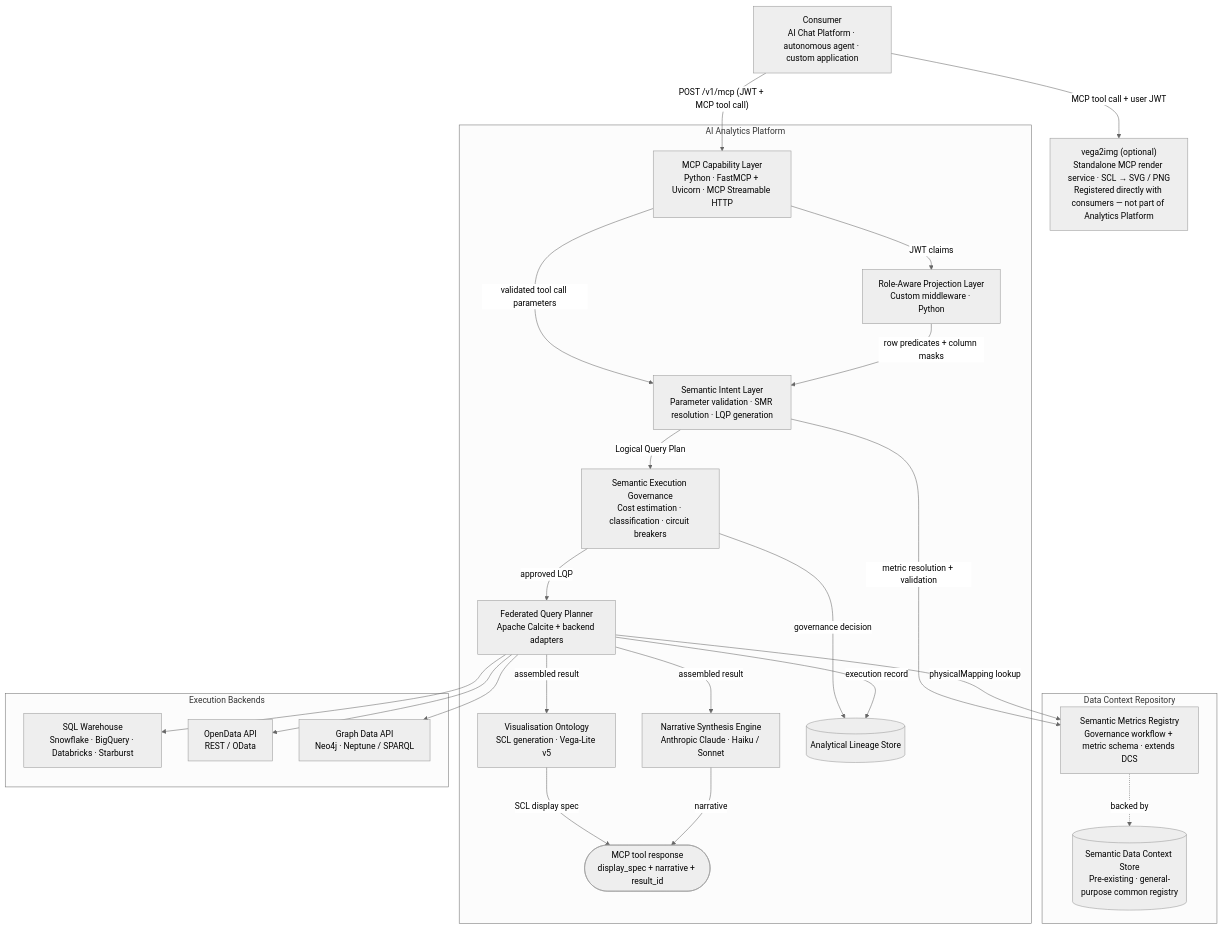
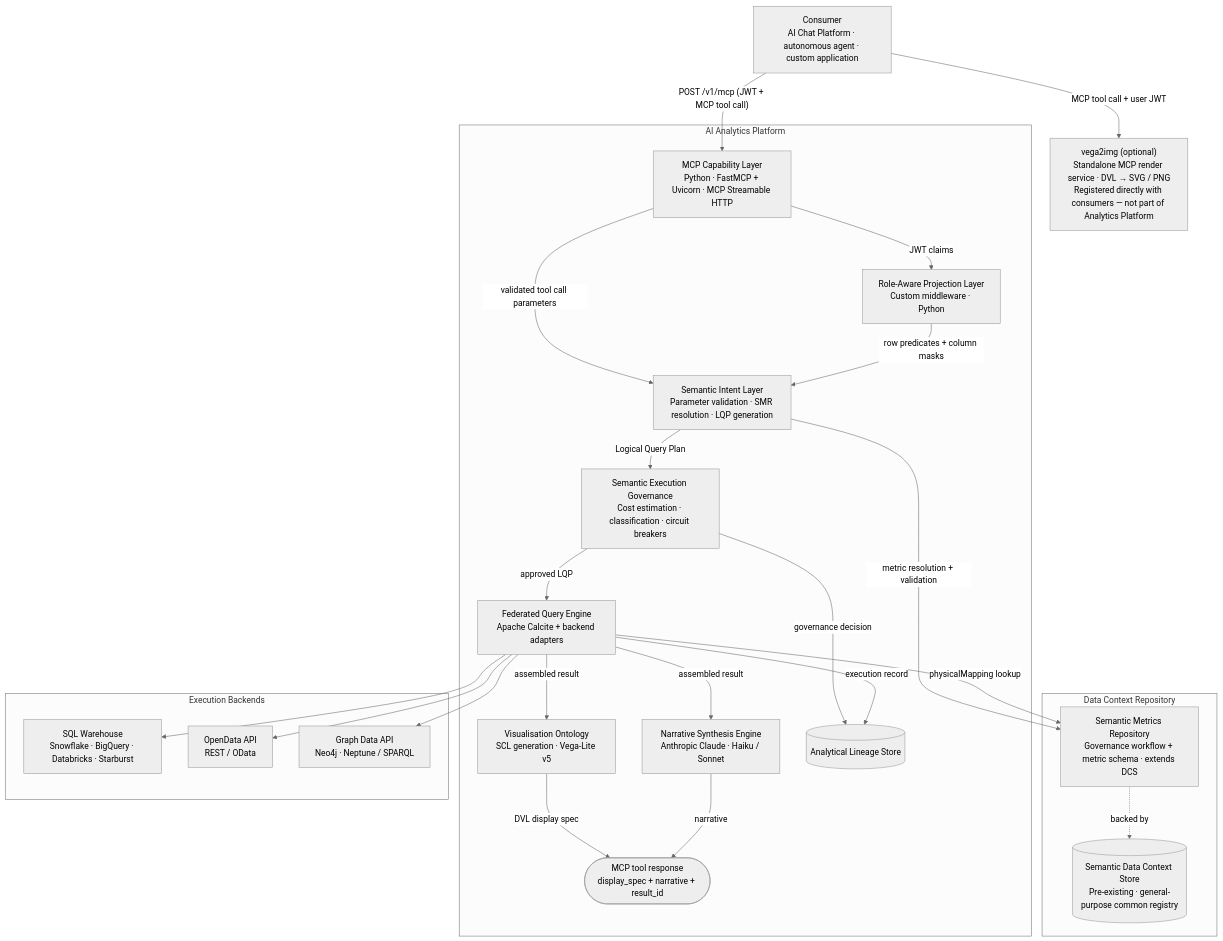
Before and after one commit to M-A-Operating-System/shared-work: the diagram in docs/product/analytics/04-technical-implementation.md, drawn with Mermaid (neutral theme). The commit also changed other lines of this file and 8 other files, not shown here.

````diff
--- a/docs/product/analytics/04-technical-implementation.md
+++ b/docs/product/analytics/04-technical-implementation.md
@@ -11,47 +11,47 @@
 ```mermaid
 flowchart TD
     Consumer["Consumer\nAI Chat Platform · autonomous agent · custom application"]
 
     subgraph analytics["AI Analytics Platform"]
         MCP["MCP Capability Layer\nPython · FastMCP + Uvicorn · MCP Streamable HTTP"]
         SIL["Semantic Intent Layer\nParameter validation · SMR resolution · LQP generation"]
         RAPL["Role-Aware Projection Layer\nCustom middleware · Python"]
         SEG["Semantic Execution Governance\nCost estimation · classification · circuit breakers"]
-        FQP["Federated Query Planner\nApache Calcite + backend adapters"]
+        FQE["Federated Query Engine\nApache Calcite + backend adapters"]
         VO["Visualisation Ontology\nSCL generation · Vega-Lite v5"]
         NSE["Narrative Synthesis Engine\nAnthropic Claude · Haiku / Sonnet"]
         LS[("Analytical Lineage Store")]
         Result(["MCP tool response\ndisplay_spec + narrative + result_id"])
     end
 
-    vega2img["vega2img (optional)\nStandalone MCP render service · SCL → SVG / PNG\nRegistered directly with consumers — not part of Analytics Platform"]
+    vega2img["vega2img (optional)\nStandalone MCP render service · DVL → SVG / PNG\nRegistered directly with consumers — not part of Analytics Platform"]
 
     subgraph dcr["Data Context Repository"]
-        SMR["Semantic Metrics Registry\nGovernance workflow + metric schema · extends DCS"]
+        SMR["Semantic Metrics Repository\nGovernance workflow + metric schema · extends DCS"]
         DCS[("Semantic Data Context Store\nPre-existing · general-purpose common registry")]
         SMR -. backed by .-> DCS
     end
 
     subgraph backends["Execution Backends"]
         SQL["SQL Warehouse\nSnowflake · BigQuery · Databricks · Starburst"]
         ODA["OpenData API\nREST / OData"]
         GDA["Graph Data API\nNeo4j · Neptune / SPARQL"]
     end
 
     Consumer -->|"POST /v1/mcp (JWT + MCP tool call)"| MCP
     Consumer -->|"MCP tool call + user JWT"| vega2img
     MCP -->|"validated tool call parameters"| SIL
     MCP -->|"JWT claims"| RAPL
     RAPL -->|"row predicates + column masks"| SIL
     SIL -->|"metric resolution + validation"| SMR
     SIL -->|"Logical Query Plan"| SEG
-    SEG -->|"approved LQP"| FQP
+    SEG -->|"approved LQP"| FQE
     SEG -->|"governance decision"| LS
-    FQP -->|"physicalMapping lookup"| SMR
-    FQP --> SQL & ODA & GDA
-    FQP -->|"execution record"| LS
-    FQP -->|"assembled result"| VO
-    FQP -->|"assembled result"| NSE
-    VO -->|"SCL display spec"| Result
+    FQE -->|"physicalMapping lookup"| SMR
+    FQE --> SQL & ODA & GDA
+    FQE -->|"execution record"| LS
+    FQE -->|"assembled result"| VO
+    FQE -->|"assembled result"| NSE
+    VO -->|"DVL display spec"| Result
     NSE -->|"narrative"| Result
 ```
````
